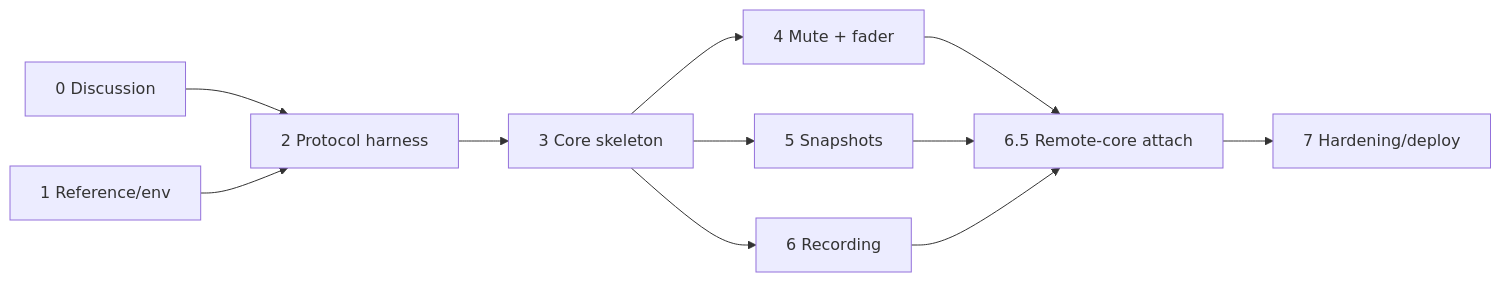
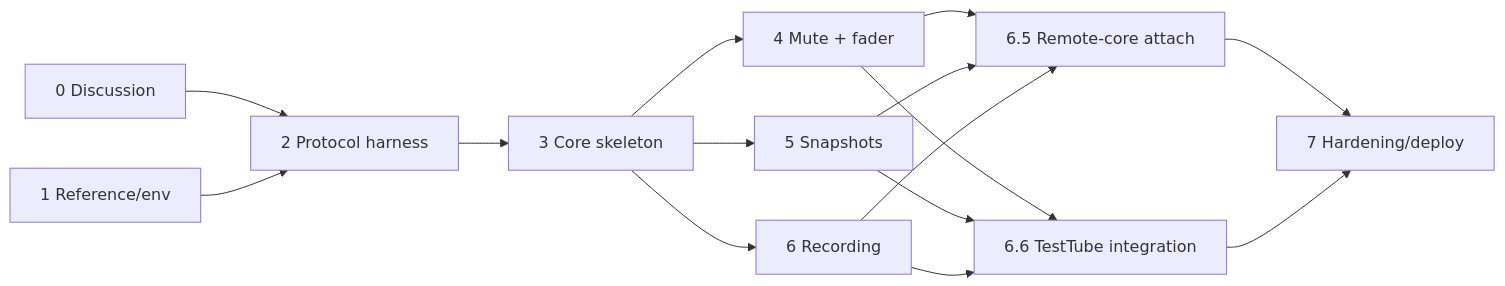
Before and after one commit to collisterumc/skaarhoj_soundcraft: the diagram in TODO.md, drawn with Mermaid. The commit also changed other lines of this file, not shown here.

First line of the commit message:
Add milestone 6.6: TestTube-driven integration testing against the Ui16

````diff
--- a/TODO.md
+++ b/TODO.md
@@ -329,13 +362,17 @@
 ```mermaid
 graph LR
     G0[0 Discussion] --> G2
     G1[1 Reference/env] --> G2[2 Protocol harness]
     G2 --> G3[3 Core skeleton]
     G3 --> G4[4 Mute + fader]
     G3 --> G5[5 Snapshots]
     G3 --> G6[6 Recording]
     G4 --> G65[6.5 Remote-core attach]
     G5 --> G65
     G6 --> G65
+    G4 --> G66[6.6 TestTube integration]
+    G5 --> G66
+    G6 --> G66
     G65 --> G7[7 Hardening/deploy]
+    G66 --> G7
 ```
````
